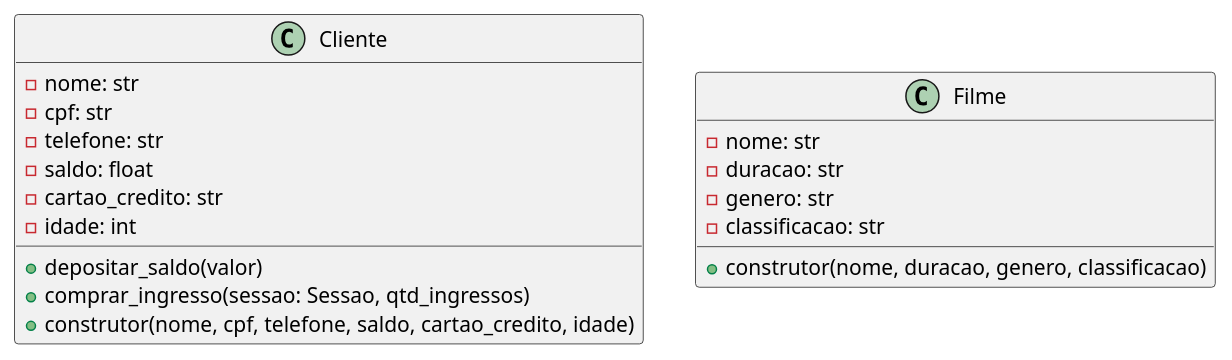
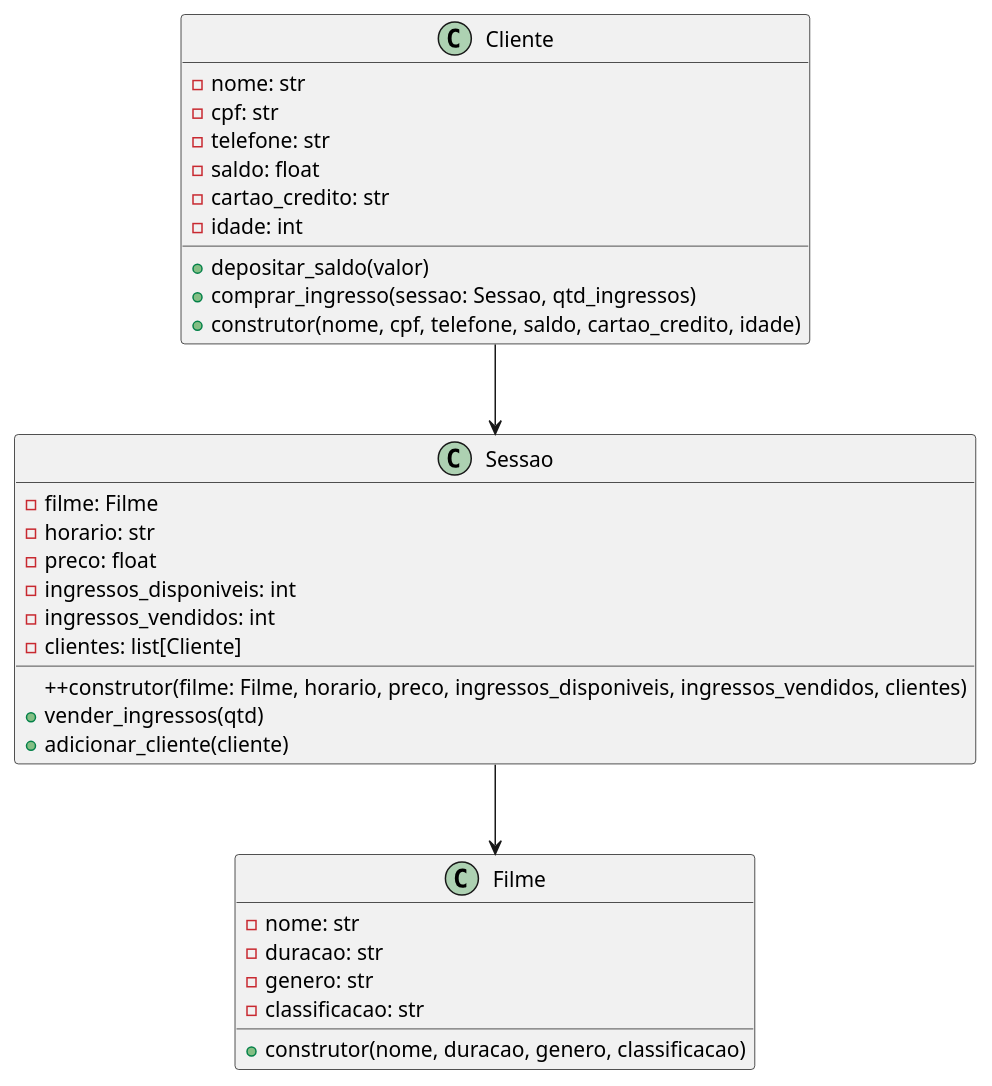
The diagram in Diagramas/Cinema.plantUML (anleaes/2023-1-N1-POO-06), drawn with PlantUML before and after one commit.

Commit message:
Finalizado

```diff
--- a/Diagramas/Cinema.plantUML
+++ b/Diagramas/Cinema.plantUML
@@ -1,19 +1,38 @@
+@startuml N1
+
 class Cliente {
     -nome: str
     -cpf: str
     -telefone: str
     -saldo: float
     -cartao_credito: str
     -idade: int
     +depositar_saldo(valor)
     +comprar_ingresso(sessao: Sessao, qtd_ingressos)
     +construtor(nome, cpf, telefone, saldo, cartao_credito, idade)
 }
 
 class Filme {
     -nome: str
     -duracao: str
     -genero: str
     -classificacao: str
     +construtor(nome, duracao, genero, classificacao)
 }
+
+class Sessao {
+    -filme: Filme
+    -horario: str
+    -preco: float
+    -ingressos_disponiveis: int
+    -ingressos_vendidos: int
+    -clientes: list[Cliente]
+    ++construtor(filme: Filme, horario, preco, ingressos_disponiveis, ingressos_vendidos, clientes)
+    +vender_ingressos(qtd)
+    +adicionar_cliente(cliente)
+}
+
+Cliente --> Sessao
+Sessao --> Filme
+
+@enduml
```
